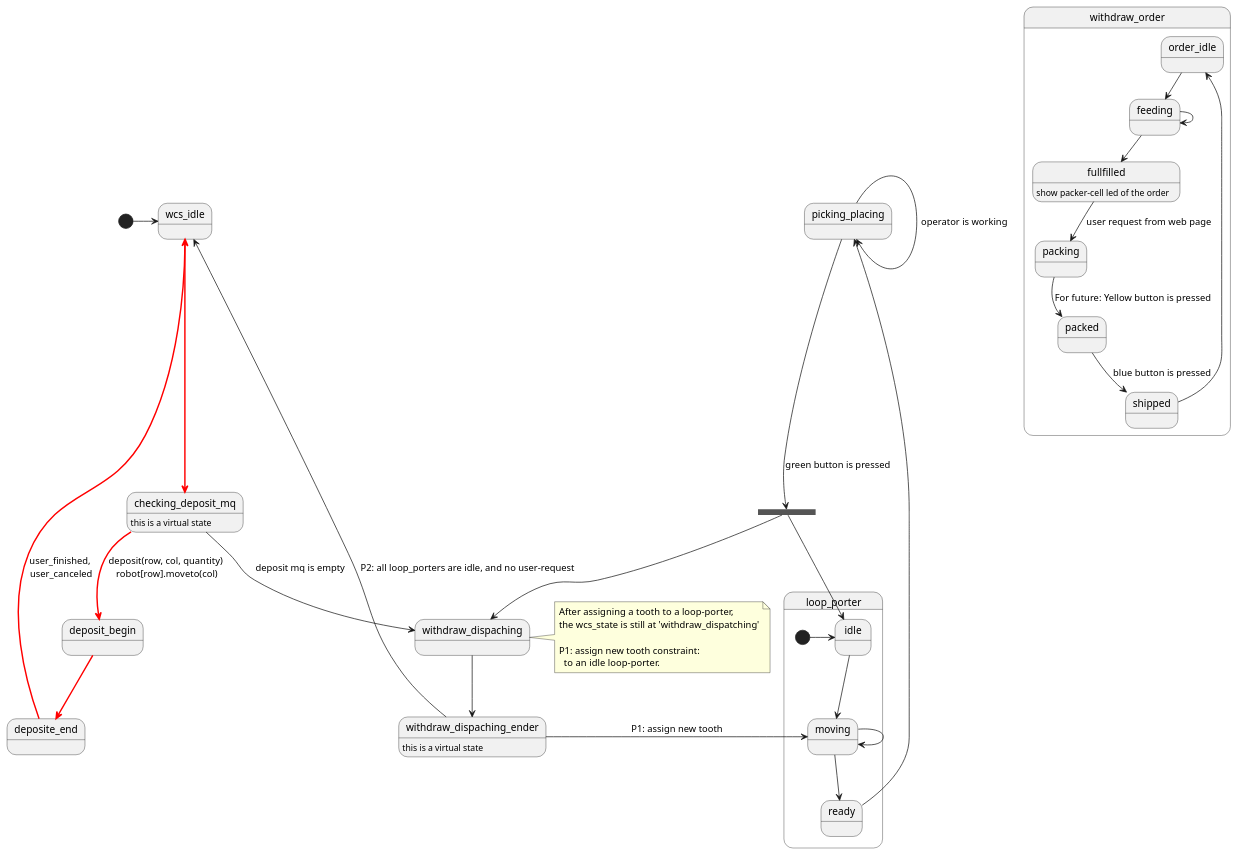
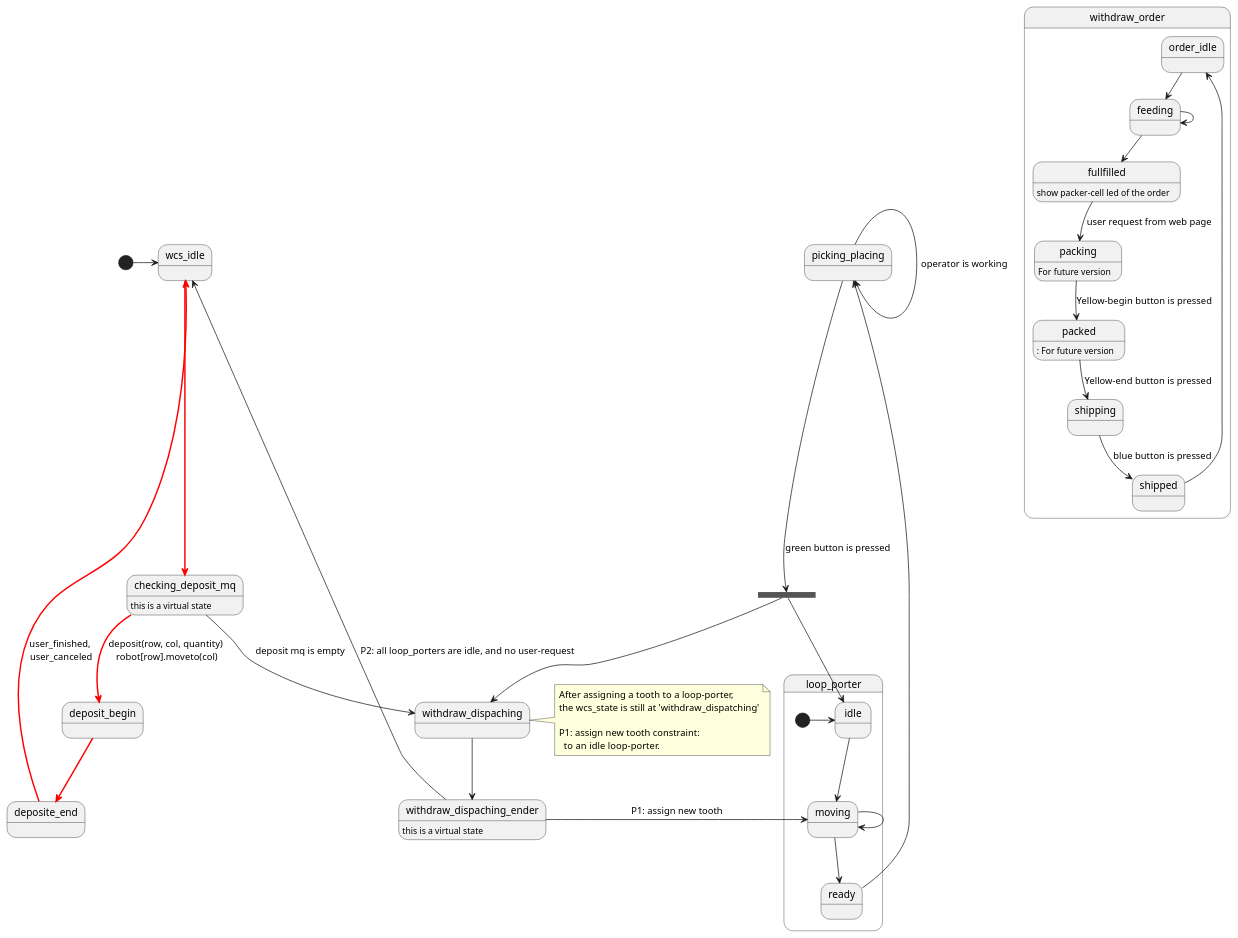
The diagram in apps/twh2/docs/wcs_state_machine.puml (voicevon/gobot_front), drawn with PlantUML before and after one commit. The commit also changed 8 other files, not shown here.

```diff
--- a/apps/twh2/docs/wcs_state_machine.puml
+++ b/apps/twh2/docs/wcs_state_machine.puml
@@ -1,51 +1,54 @@
 @startuml
 [*] -> wcs_idle
 
 wcs_idle-[#red,bold]-> checking_deposit_mq
 checking_deposit_mq -[#red,bold]-> deposit_begin: deposit(row, col, quantity) \nrobot[row].moveto(col)
 deposit_begin -[#red,bold]-> deposite_end
 deposite_end -[#red,bold]->wcs_idle: user_finished, \nuser_canceled
 
 checking_deposit_mq --> withdraw_dispaching: deposit mq is empty
 checking_deposit_mq: this is a virtual state
   state loop_porter {
     [*] -> idle 
     idle --> moving
     moving -> moving
     moving --> ready
   }
   
 ' checking_withdraw_request --> moving
 state ending <<fork>>
 ready-->picking_placing
 picking_placing -> picking_placing: operator is working
 picking_placing --> ending:  green button is pressed
 ending --> idle
 ending --> withdraw_dispaching
 withdraw_dispaching --> withdraw_dispaching_ender
 withdraw_dispaching_ender --> moving: P1: assign new tooth
 withdraw_dispaching_ender -->  wcs_idle:  P2: all loop_porters are idle, and no user-request
 withdraw_dispaching_ender: this is a virtual state
 ' checking_withdraw_request --> wcs_idle: request is empty
 ' checking_withdraw_request --> withdraw_begin: withdraw(list(row,col))
 ' withdraw_begin -->  withdraw_end: green button is pressed
 
 note right of withdraw_dispaching
   After assigning a tooth to a loop-porter, 
   the wcs_state is still at 'withdraw_dispatching'
 
   P1: assign new tooth constraint: 
     to an idle loop-porter.
 end note
 
 state withdraw_order{
   order_idle --> feeding
   feeding --> feeding
   feeding --> fullfilled
   fullfilled --> packing: user request from web page
-  packing --> packed: For future: Yellow button is pressed
-  packed --> shipped: blue button is pressed
+  packing --> packed: Yellow-begin button is pressed
+  packed --> shipping: Yellow-end button is pressed
+  shipping --> shipped: blue button is pressed
   shipped --> order_idle
+  packing: For future version
+  packed:: For future version
   fullfilled: show packer-cell led of the order
 }
 @enduml
```
